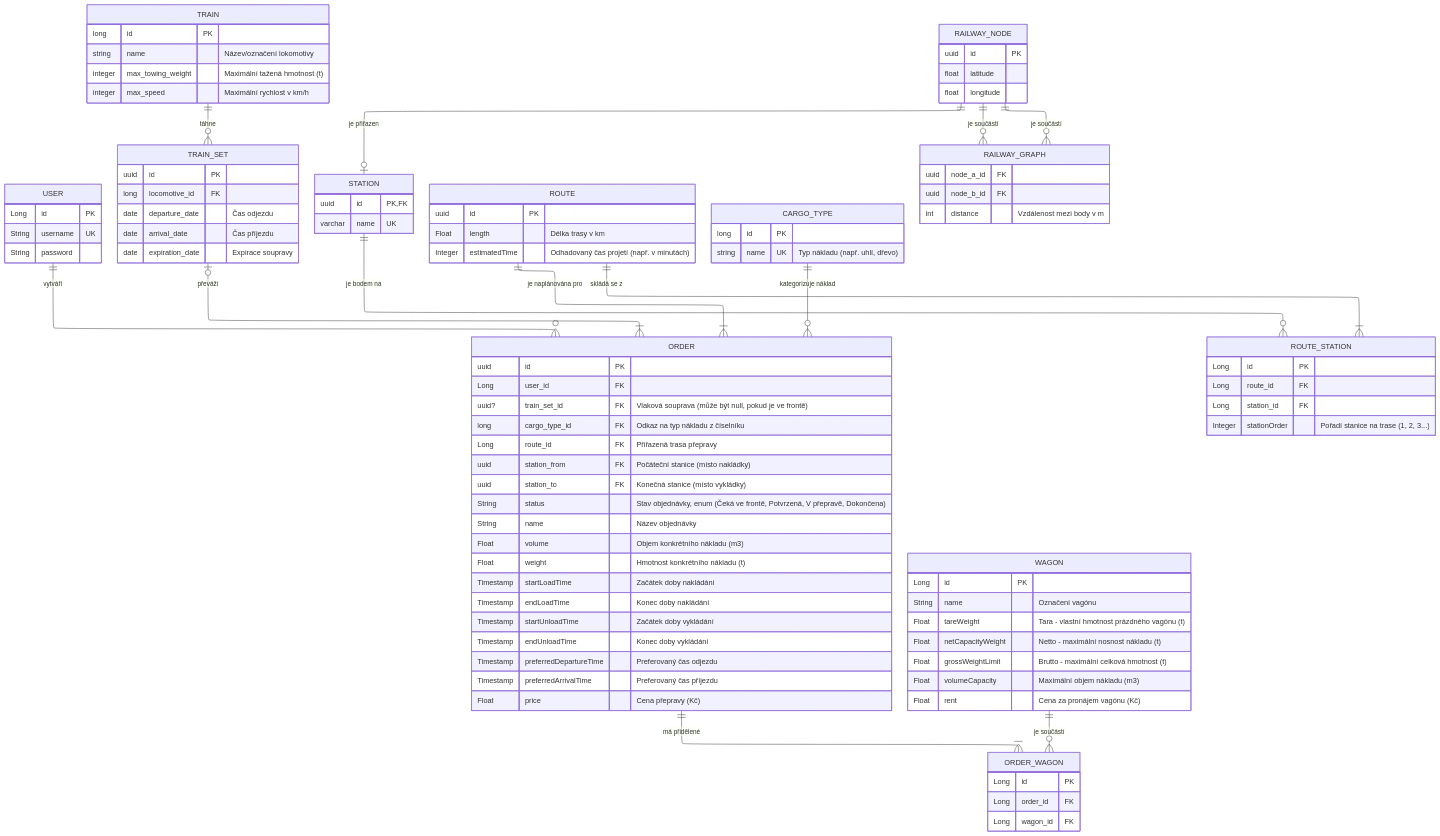
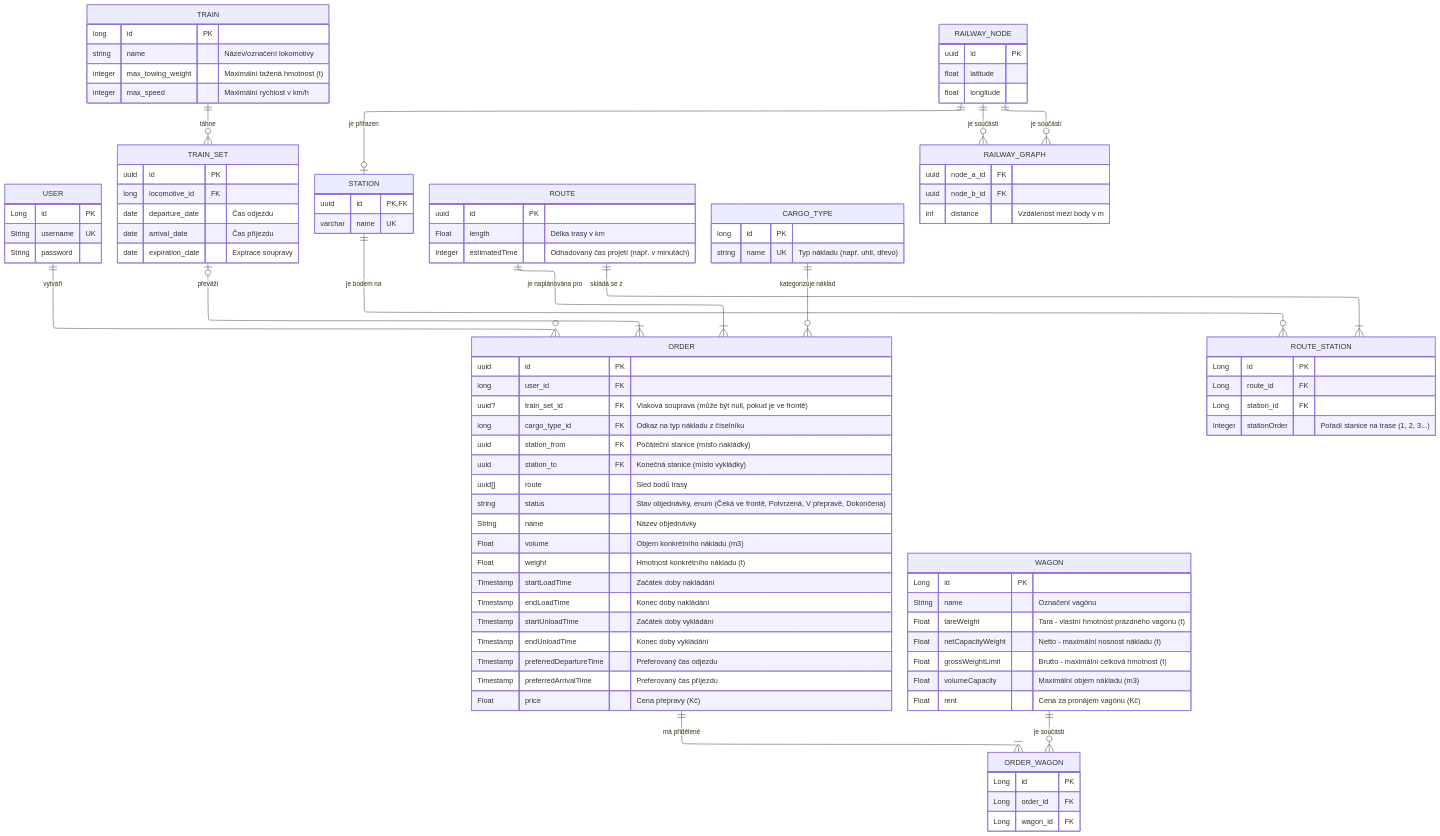
One commit to Heymuch/rocnikovy-projekt changed the diagram in database/README.md. Above: the diagram before and after it, drawn with Mermaid.

Commit message:
Průběžné úpravy do návrhu struktury databáze

```diff
--- a/database/README.md
+++ b/database/README.md
@@ -7,13 +7,13 @@
 
     ORDER {
         uuid id PK
-        Long user_id FK
+        long user_id FK
         uuid? train_set_id FK "Vlaková souprava (může být null, pokud je ve frontě)"
         long cargo_type_id FK "Odkaz na typ nákladu z číselníku"
-        Long route_id FK "Přiřazená trasa přepravy"
         uuid station_from FK "Počáteční stanice (místo nakládky)"
         uuid station_to FK "Konečná stanice (místo vykládky)"
-        String status "Stav objednávky, enum (Čeká ve frontě, Potvrzená, V přepravě, Dokončena)"
+        uuid[] route "Sled bodů trasy"
+        string status "Stav objednávky, enum (Čeká ve frontě, Potvrzená, V přepravě, Dokončena)"
         String name "Název objednávky"
         Float volume "Objem konkrétního nákladu (m3)"
         Float weight "Hmotnost konkrétního nákladu (t)"
```
